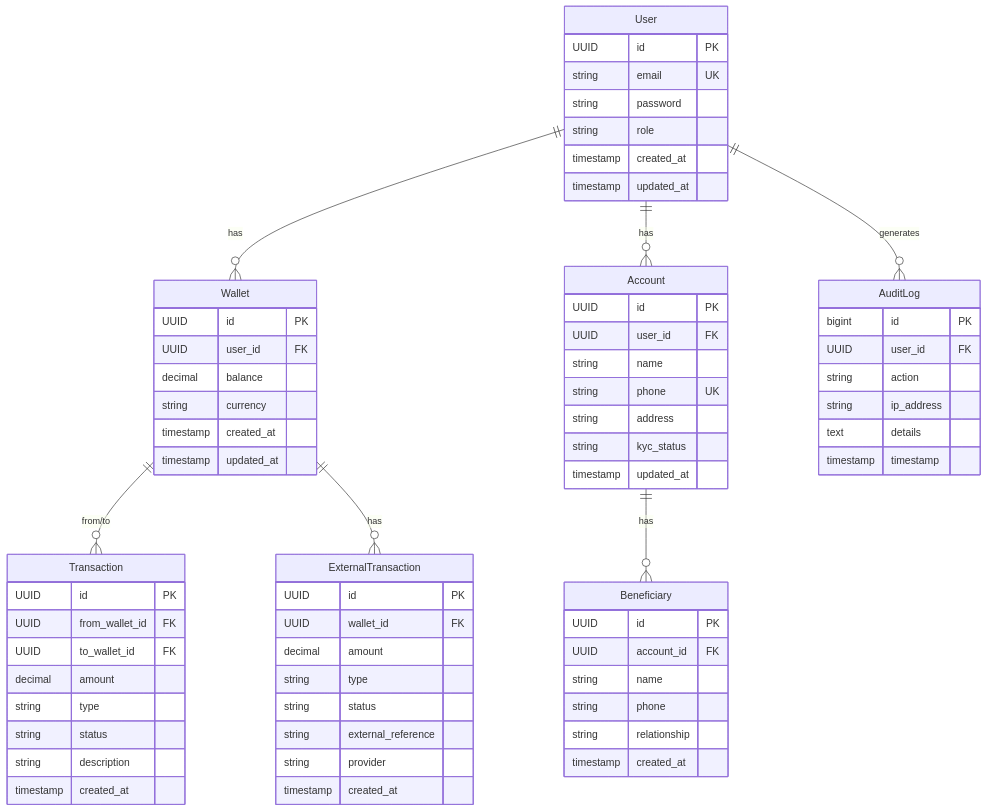
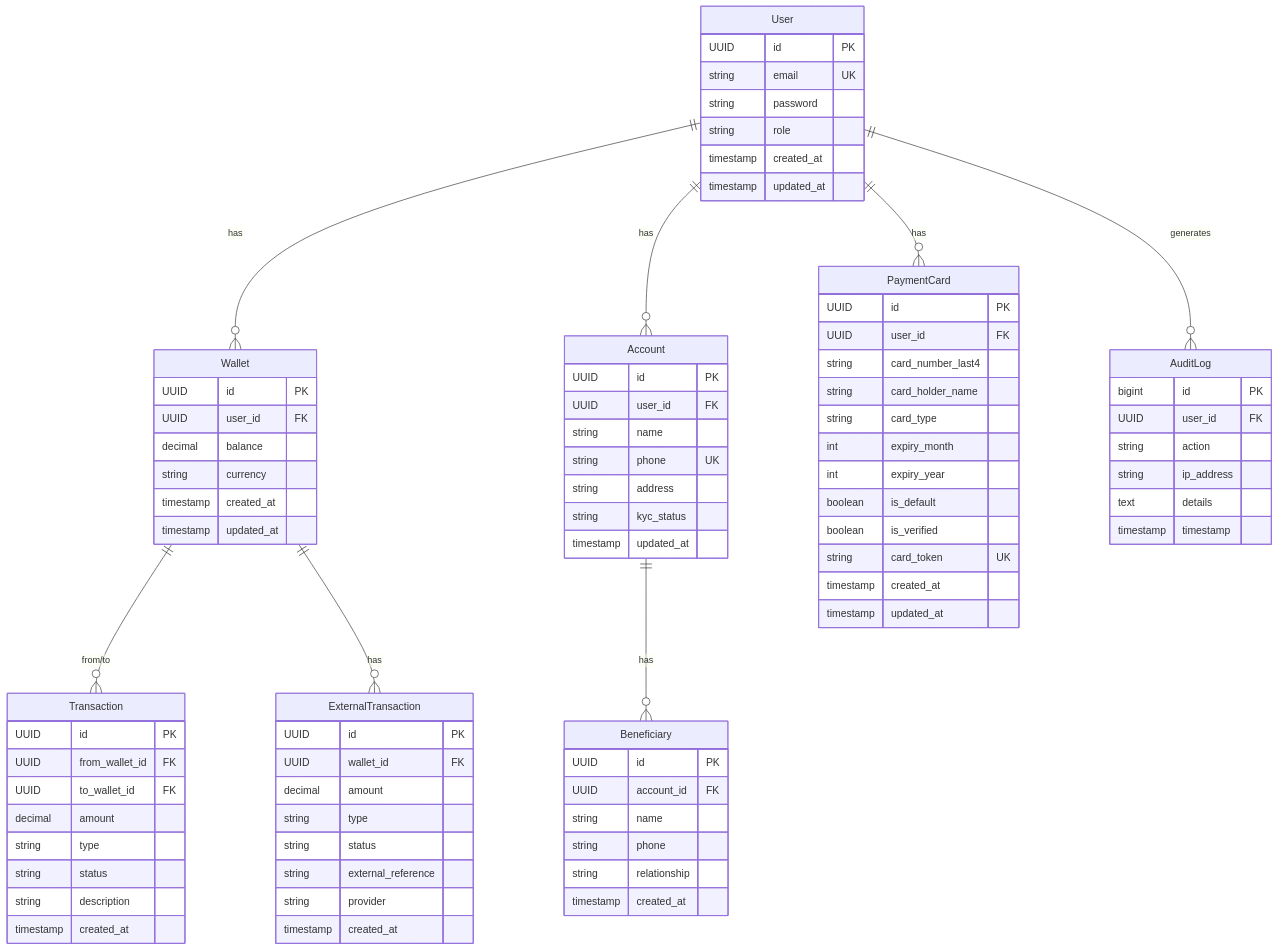
Before and after one commit to Sooonko/Payme_backend: the diagram in payme/README.md, drawn with Mermaid. The commit also changed other lines of this file and 11 other files, not shown here.

```diff
--- a/payme/README.md
+++ b/payme/README.md
@@ -38,6 +38,7 @@
 erDiagram
     User ||--o{ Wallet : has
     User ||--o{ Account : has
+    User ||--o{ PaymentCard : has
     User ||--o{ AuditLog : generates
     Wallet ||--o{ Transaction : "from/to"
     Wallet ||--o{ ExternalTransaction : has
@@ -102,6 +103,21 @@
         timestamp created_at
     }
 
+    PaymentCard {
+        UUID id PK
+        UUID user_id FK
+        string card_number_last4
+        string card_holder_name
+        string card_type
+        int expiry_month
+        int expiry_year
+        boolean is_default
+        boolean is_verified
+        string card_token UK
+        timestamp created_at
+        timestamp updated_at
+    }
+
     AuditLog {
         bigint id PK
         UUID user_id FK
```
